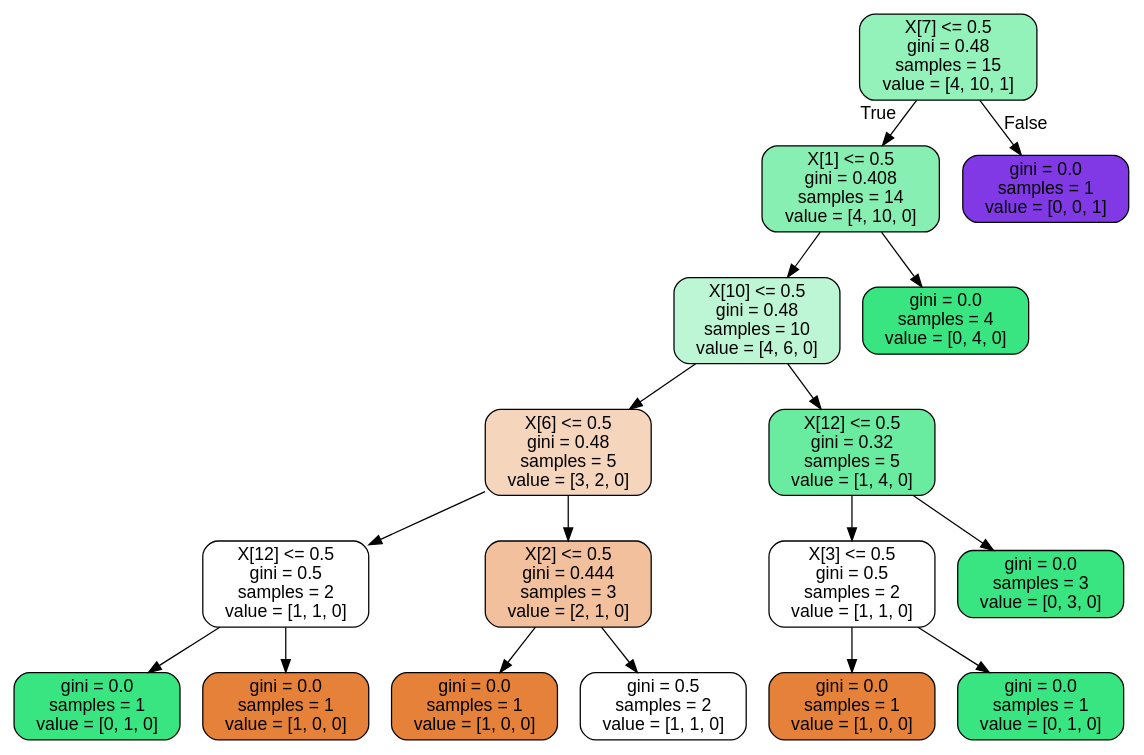
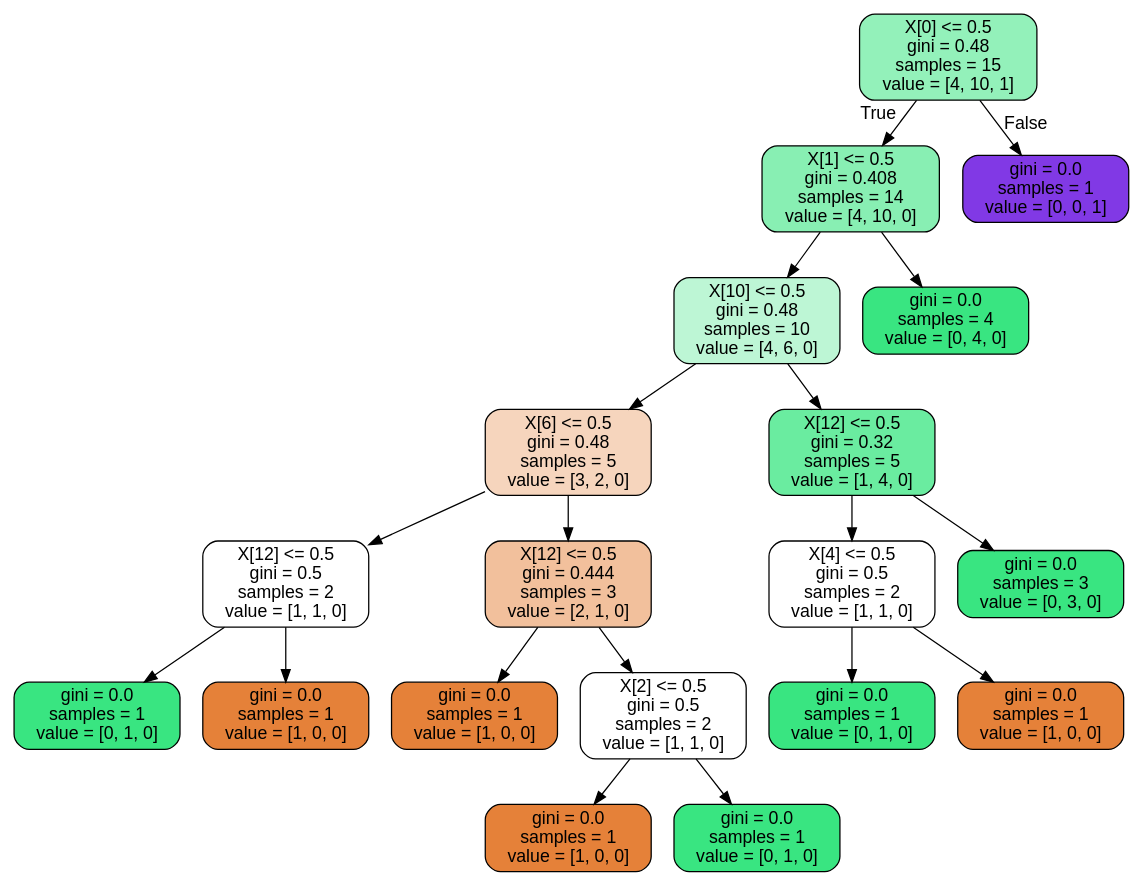
The diagram in doc/pub/week44/ipynb/Datafiles/ride.dot (CompPhysics/MachineLearning), drawn with Graphviz before and after one commit. The commit also changed 4 other files, not shown here.

```diff
--- a/doc/pub/week44/ipynb/Datafiles/ride.dot
+++ b/doc/pub/week44/ipynb/Datafiles/ride.dot
@@ -1,37 +1,41 @@
 digraph Tree {
 node [shape=box, style="filled, rounded", color="black", fontname="helvetica"] ;
 edge [fontname="helvetica"] ;
-0 [label="X[7] <= 0.5\ngini = 0.48\nsamples = 15\nvalue = [4, 10, 1]", fillcolor="#93f1ba"] ;
+0 [label="X[0] <= 0.5\ngini = 0.48\nsamples = 15\nvalue = [4, 10, 1]", fillcolor="#93f1ba"] ;
 1 [label="X[1] <= 0.5\ngini = 0.408\nsamples = 14\nvalue = [4, 10, 0]", fillcolor="#88efb3"] ;
 0 -> 1 [labeldistance=2.5, labelangle=45, headlabel="True"] ;
 2 [label="X[10] <= 0.5\ngini = 0.48\nsamples = 10\nvalue = [4, 6, 0]", fillcolor="#bdf6d5"] ;
 1 -> 2 ;
 3 [label="X[6] <= 0.5\ngini = 0.48\nsamples = 5\nvalue = [3, 2, 0]", fillcolor="#f6d5bd"] ;
 2 -> 3 ;
 4 [label="X[12] <= 0.5\ngini = 0.5\nsamples = 2\nvalue = [1, 1, 0]", fillcolor="#ffffff"] ;
 3 -> 4 ;
 5 [label="gini = 0.0\nsamples = 1\nvalue = [0, 1, 0]", fillcolor="#39e581"] ;
 4 -> 5 ;
 6 [label="gini = 0.0\nsamples = 1\nvalue = [1, 0, 0]", fillcolor="#e58139"] ;
 4 -> 6 ;
-7 [label="X[2] <= 0.5\ngini = 0.444\nsamples = 3\nvalue = [2, 1, 0]", fillcolor="#f2c09c"] ;
+7 [label="X[12] <= 0.5\ngini = 0.444\nsamples = 3\nvalue = [2, 1, 0]", fillcolor="#f2c09c"] ;
 3 -> 7 ;
 8 [label="gini = 0.0\nsamples = 1\nvalue = [1, 0, 0]", fillcolor="#e58139"] ;
 7 -> 8 ;
-9 [label="gini = 0.5\nsamples = 2\nvalue = [1, 1, 0]", fillcolor="#ffffff"] ;
+9 [label="X[2] <= 0.5\ngini = 0.5\nsamples = 2\nvalue = [1, 1, 0]", fillcolor="#ffffff"] ;
 7 -> 9 ;
-10 [label="X[12] <= 0.5\ngini = 0.32\nsamples = 5\nvalue = [1, 4, 0]", fillcolor="#6aeca0"] ;
-2 -> 10 ;
-11 [label="X[3] <= 0.5\ngini = 0.5\nsamples = 2\nvalue = [1, 1, 0]", fillcolor="#ffffff"] ;
-10 -> 11 ;
-12 [label="gini = 0.0\nsamples = 1\nvalue = [1, 0, 0]", fillcolor="#e58139"] ;
-11 -> 12 ;
-13 [label="gini = 0.0\nsamples = 1\nvalue = [0, 1, 0]", fillcolor="#39e581"] ;
-11 -> 13 ;
-14 [label="gini = 0.0\nsamples = 3\nvalue = [0, 3, 0]", fillcolor="#39e581"] ;
-10 -> 14 ;
-15 [label="gini = 0.0\nsamples = 4\nvalue = [0, 4, 0]", fillcolor="#39e581"] ;
-1 -> 15 ;
-16 [label="gini = 0.0\nsamples = 1\nvalue = [0, 0, 1]", fillcolor="#8139e5"] ;
-0 -> 16 [labeldistance=2.5, labelangle=-45, headlabel="False"] ;
+10 [label="gini = 0.0\nsamples = 1\nvalue = [1, 0, 0]", fillcolor="#e58139"] ;
+9 -> 10 ;
+11 [label="gini = 0.0\nsamples = 1\nvalue = [0, 1, 0]", fillcolor="#39e581"] ;
+9 -> 11 ;
+12 [label="X[12] <= 0.5\ngini = 0.32\nsamples = 5\nvalue = [1, 4, 0]", fillcolor="#6aeca0"] ;
+2 -> 12 ;
+13 [label="X[4] <= 0.5\ngini = 0.5\nsamples = 2\nvalue = [1, 1, 0]", fillcolor="#ffffff"] ;
+12 -> 13 ;
+14 [label="gini = 0.0\nsamples = 1\nvalue = [0, 1, 0]", fillcolor="#39e581"] ;
+13 -> 14 ;
+15 [label="gini = 0.0\nsamples = 1\nvalue = [1, 0, 0]", fillcolor="#e58139"] ;
+13 -> 15 ;
+16 [label="gini = 0.0\nsamples = 3\nvalue = [0, 3, 0]", fillcolor="#39e581"] ;
+12 -> 16 ;
+17 [label="gini = 0.0\nsamples = 4\nvalue = [0, 4, 0]", fillcolor="#39e581"] ;
+1 -> 17 ;
+18 [label="gini = 0.0\nsamples = 1\nvalue = [0, 0, 1]", fillcolor="#8139e5"] ;
+0 -> 18 [labeldistance=2.5, labelangle=-45, headlabel="False"] ;
 }
```
